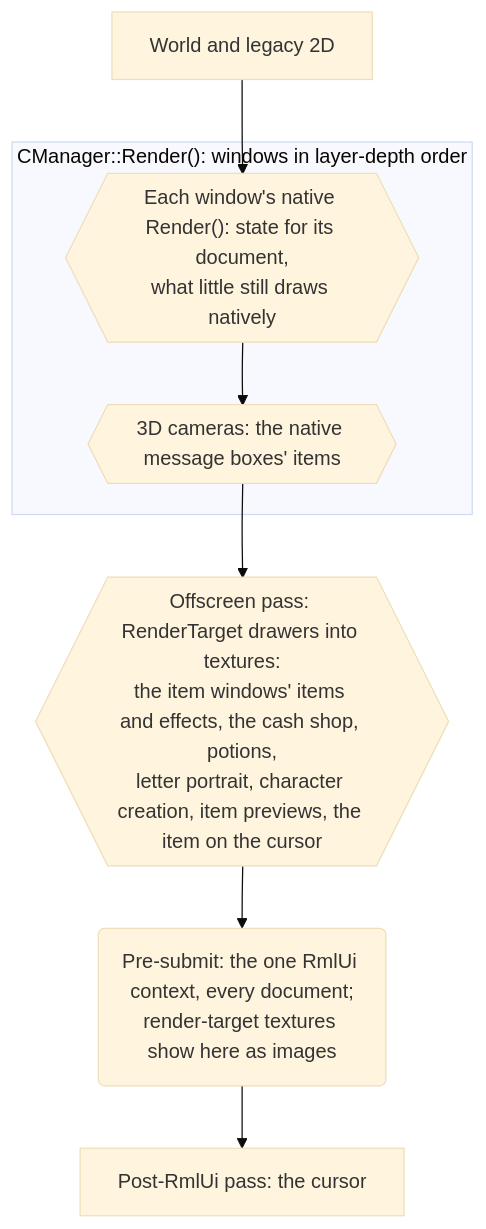
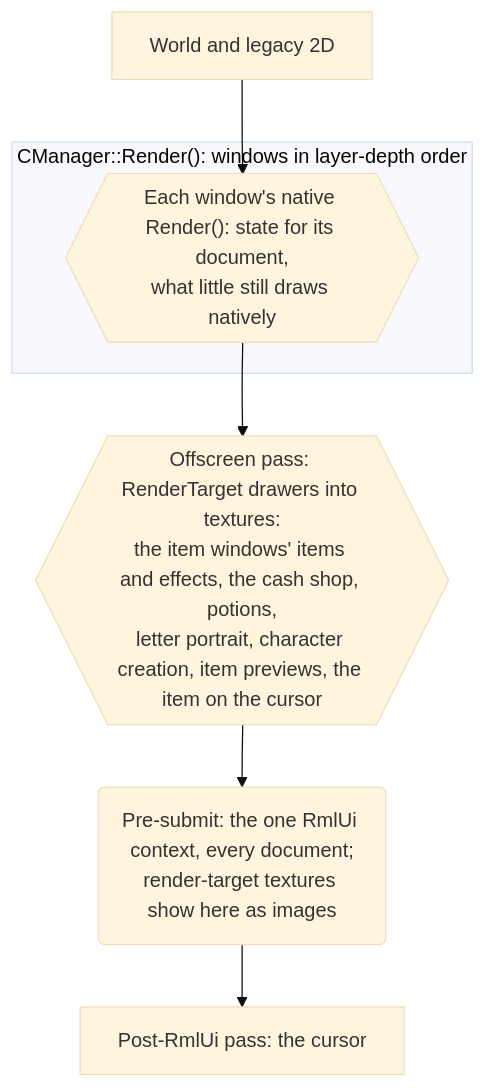
The diagram in docs/rmlui-ui-system/README.md (sven-n/MuMain), drawn with Mermaid (base theme) before and after one commit. The commit also changed 90 other files, not shown here.

````diff
--- a/docs/rmlui-ui-system/README.md
+++ b/docs/rmlui-ui-system/README.md
@@ -77,12 +77,11 @@
 ```mermaid
 flowchart TD
     scene["World and legacy 2D"]
     subgraph loop["CManager::Render(): windows in layer-depth order"]
         win{{"Each window's native Render(): state for its document,<br/>what little still draws natively"}}
-        cam{{"3D cameras: the native message boxes' items"}}
     end
     rtt{{"Offscreen pass: RenderTarget drawers into textures:<br/>the item windows' items and effects, the cash shop, potions,<br/>letter portrait, character creation, item previews, the item on the cursor"}}
     main("Pre-submit: the one RmlUi context, every document;<br/>render-target textures show here as images")
     post["Post-RmlUi pass: the cursor"]
-    scene --> win --> cam --> rtt --> main --> post
+    scene --> win --> rtt --> main --> post
 ```
````
